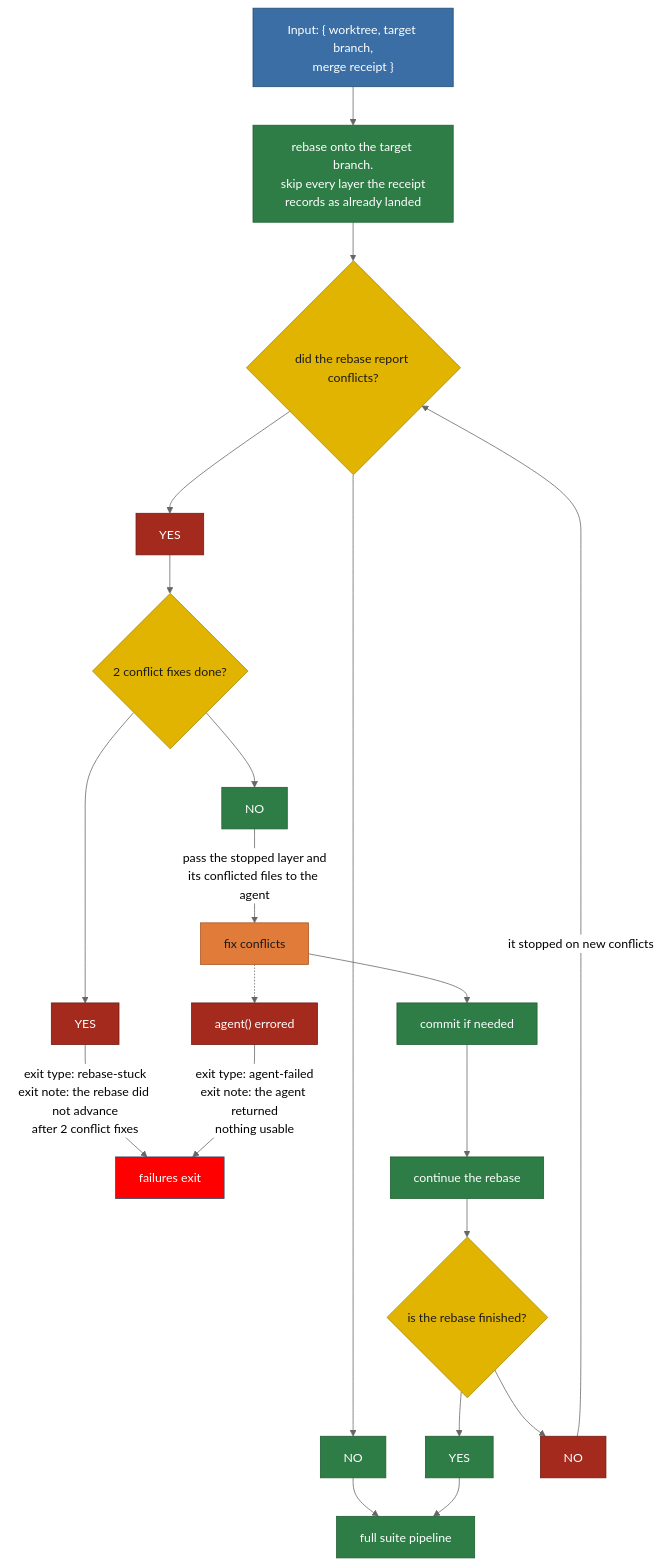
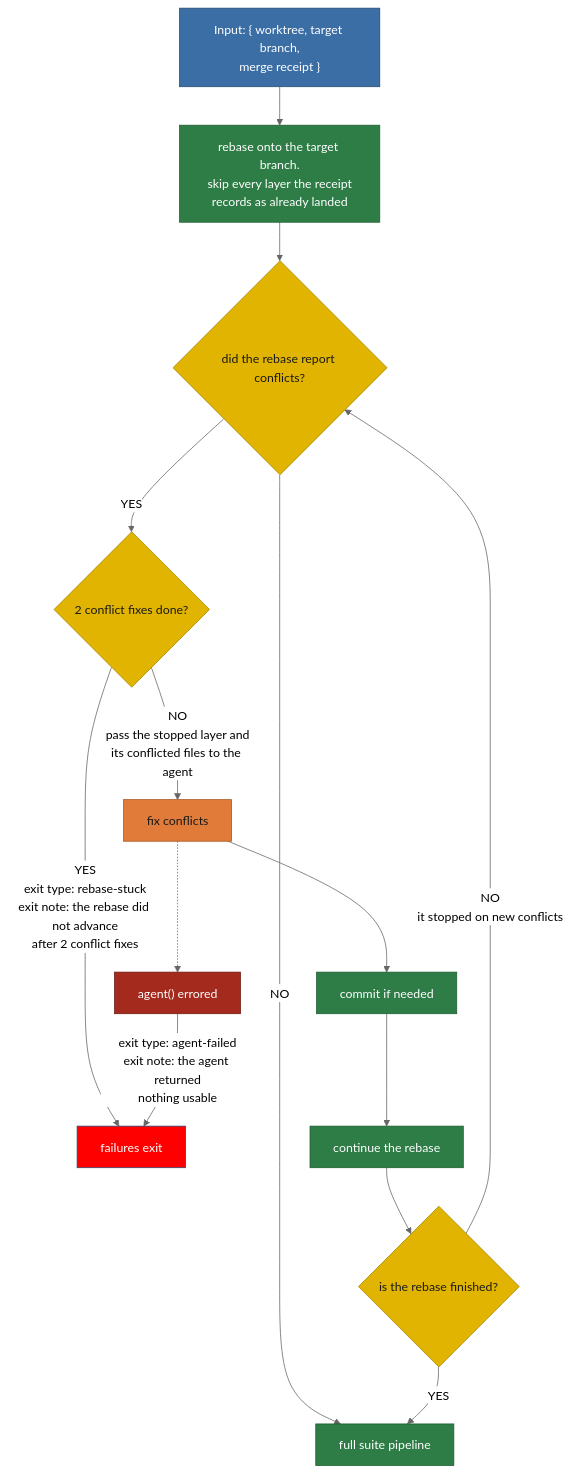
Before and after one commit to matkatmusic/taskTools: the diagram in plans/diagram/pipeline-rebase.mmd, drawn with Mermaid (neutral theme). The commit also changed 12 other files, not shown here.

Commit message:
changed YES/NO blocks to be labels in diagrams

```diff
--- a/plans/diagram/pipeline-rebase.mmd
+++ b/plans/diagram/pipeline-rebase.mmd
@@ -1,75 +1,67 @@
 flowchart TB
 %% REBASE PIPELINE.
 %% ---
 %% Input: a finished implementation.
 %% ---
 %% Job: put the task's commits on top of the target branch.
 %% ---
 %% A conflict fix runs fix, then commit, then continue.
 %% ---
 %% Never fix then continue without committing first.
 %% ---
 %% The source lock is already held here.
 %% ---
 %% Every box refreshes the lock's heartbeat.
 %% ---
 %% Walks every repository layer, deepest submodule first.
 %% ---
 %% The receipt names layers already landed by the merge.
 %% ---
 %% A landed layer is public. Rebasing it would rewrite it.
 %% ---
 %% So this pipeline skips any layer the receipt marks landed.
 %% ---
 %% Merge re-enters here only when nothing landed.
 %% ---
 %% So the receipt is normally empty, but check, don't assume.
 %% ---
 %% Exit types: agent-failed, rebase-stuck, run-failed.
 %% ---
 %% Output feeds the full suite pipeline.
 
   SOURCE_REPO_LOCKED_INPUT["Input: { worktree, target branch,<br/>merge receipt }"] --> REBASE_ONTO_TARGET_BRANCH
   REBASE_ONTO_TARGET_BRANCH["rebase onto the target branch.<br/>skip every layer the receipt<br/>records as already landed"] --> DID_REBASE_REPORT_CONFLICTS{"did the rebase report conflicts?"}
-  DID_REBASE_REPORT_CONFLICTS --> DID_REBASE_REPORT_CONFLICTS_YES["YES"]
-  DID_REBASE_REPORT_CONFLICTS --> DID_REBASE_REPORT_CONFLICTS_NO["NO"]
+  DID_REBASE_REPORT_CONFLICTS -->|YES| ARE_2_CONFLICT_FIXES_DONE{"2 conflict fixes done?"}
+  DID_REBASE_REPORT_CONFLICTS -->|NO| SUITE_PIPELINE
 
-  DID_REBASE_REPORT_CONFLICTS_YES --> ARE_2_CONFLICT_FIXES_DONE{"2 conflict fixes done?"}
-  ARE_2_CONFLICT_FIXES_DONE --> ARE_2_CONFLICT_FIXES_DONE_NO["NO"]
-  ARE_2_CONFLICT_FIXES_DONE --> ARE_2_CONFLICT_FIXES_DONE_YES["YES"]
-  ARE_2_CONFLICT_FIXES_DONE_YES -- "exit type: rebase-stuck<br/>exit note: the rebase did not advance<br/>after 2 conflict fixes" --> EXIT_WORKFLOW_REBASE
-  ARE_2_CONFLICT_FIXES_DONE_NO -- "pass the stopped layer and<br/>its conflicted files to the agent" --> FIX_CONFLICTS["fix conflicts"]
+  ARE_2_CONFLICT_FIXES_DONE -- "NO<br/>pass the stopped layer and<br/>its conflicted files to the agent" --> FIX_CONFLICTS["fix conflicts"]
+  ARE_2_CONFLICT_FIXES_DONE -- "YES<br/>exit type: rebase-stuck<br/>exit note: the rebase did not advance<br/>after 2 conflict fixes" --> EXIT_WORKFLOW_REBASE
   FIX_CONFLICTS --> COMMIT_MERGE_CONFLICT_FIX_IF_NEEDED["commit if needed"]
   COMMIT_MERGE_CONFLICT_FIX_IF_NEEDED --> CONTINUE_REBASE["continue the rebase"]
   CONTINUE_REBASE --> IS_REBASE_FINISHED{"is the rebase finished?"}
-  IS_REBASE_FINISHED --> IS_REBASE_FINISHED_YES["YES"]
-  IS_REBASE_FINISHED --> IS_REBASE_FINISHED_NO["NO"]
-  IS_REBASE_FINISHED_NO -- "it stopped on new conflicts" --> DID_REBASE_REPORT_CONFLICTS
+  IS_REBASE_FINISHED -->|YES| SUITE_PIPELINE["full suite pipeline"]
+  IS_REBASE_FINISHED -- "NO<br/>it stopped on new conflicts" --> DID_REBASE_REPORT_CONFLICTS
 
-  DID_REBASE_REPORT_CONFLICTS_NO --> SUITE_PIPELINE
-  IS_REBASE_FINISHED_YES --> SUITE_PIPELINE["full suite pipeline"]
 
   FIX_CONFLICTS -.-> AGENT_ERRORED["agent() errored"] -- "exit type: agent-failed<br/>exit note: the agent returned<br/>nothing usable" --> EXIT_WORKFLOW_REBASE
 
   EXIT_WORKFLOW_REBASE["failures exit"]
 
   %% pass/nopass: green heads to the next pipeline.
   %% ---
   %% Red goes back round the conflict cycle.
   classDef pipeline fill:#2f7d46,stroke:#1e5c31,color:#ffffff
   classDef script fill:#2f7d46,stroke:#1e5c31,color:#ffffff
   classDef agent fill:#e07b39,stroke:#a8541f,color:#1a1a1a
   classDef decision fill:#e0b400,stroke:#a88600,color:#1a1a1a
   classDef output fill:#3b6ea5,stroke:#254a70,color:#ffffff
   classDef fail fill:red,stroke:#254a70,color:#ffffff
   classDef pass fill:#2f7d46,stroke:#1e5c31,color:#ffffff
   classDef nopass fill:#a52a1e,stroke:#6d1a12,color:#ffffff
   class AGENT_ERRORED nopass
   class EXIT_WORKFLOW_REBASE fail
   class DID_REBASE_REPORT_CONFLICTS,IS_REBASE_FINISHED,ARE_2_CONFLICT_FIXES_DONE decision
   class COMMIT_MERGE_CONFLICT_FIX_IF_NEEDED,REBASE_ONTO_TARGET_BRANCH,CONTINUE_REBASE script
   class FIX_CONFLICTS agent
   class SUITE_PIPELINE pipeline
-  class DID_REBASE_REPORT_CONFLICTS_NO,IS_REBASE_FINISHED_YES,ARE_2_CONFLICT_FIXES_DONE_NO pass
-  class DID_REBASE_REPORT_CONFLICTS_YES,IS_REBASE_FINISHED_NO,ARE_2_CONFLICT_FIXES_DONE_YES nopass
   class SOURCE_REPO_LOCKED_INPUT output
```
